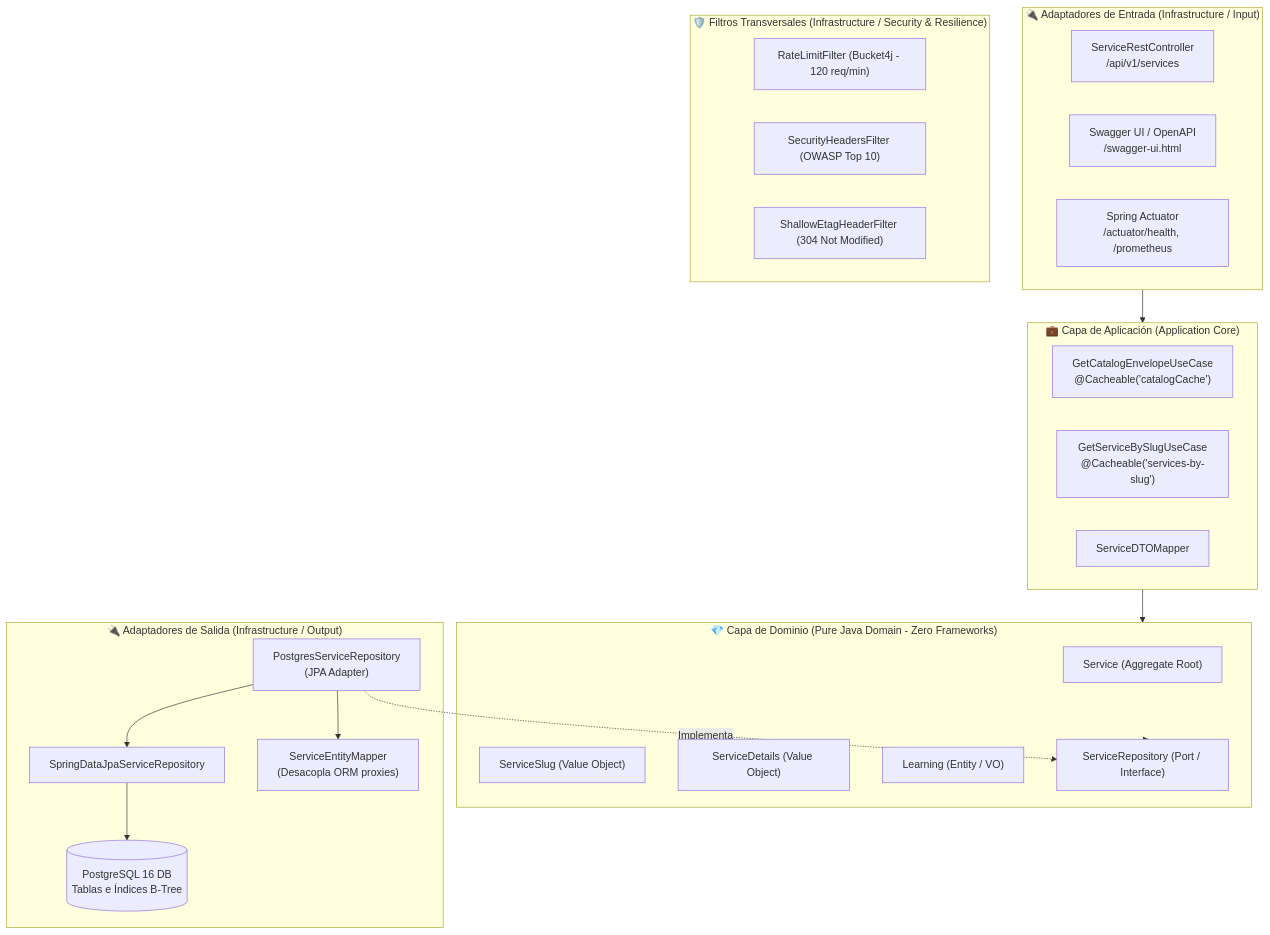
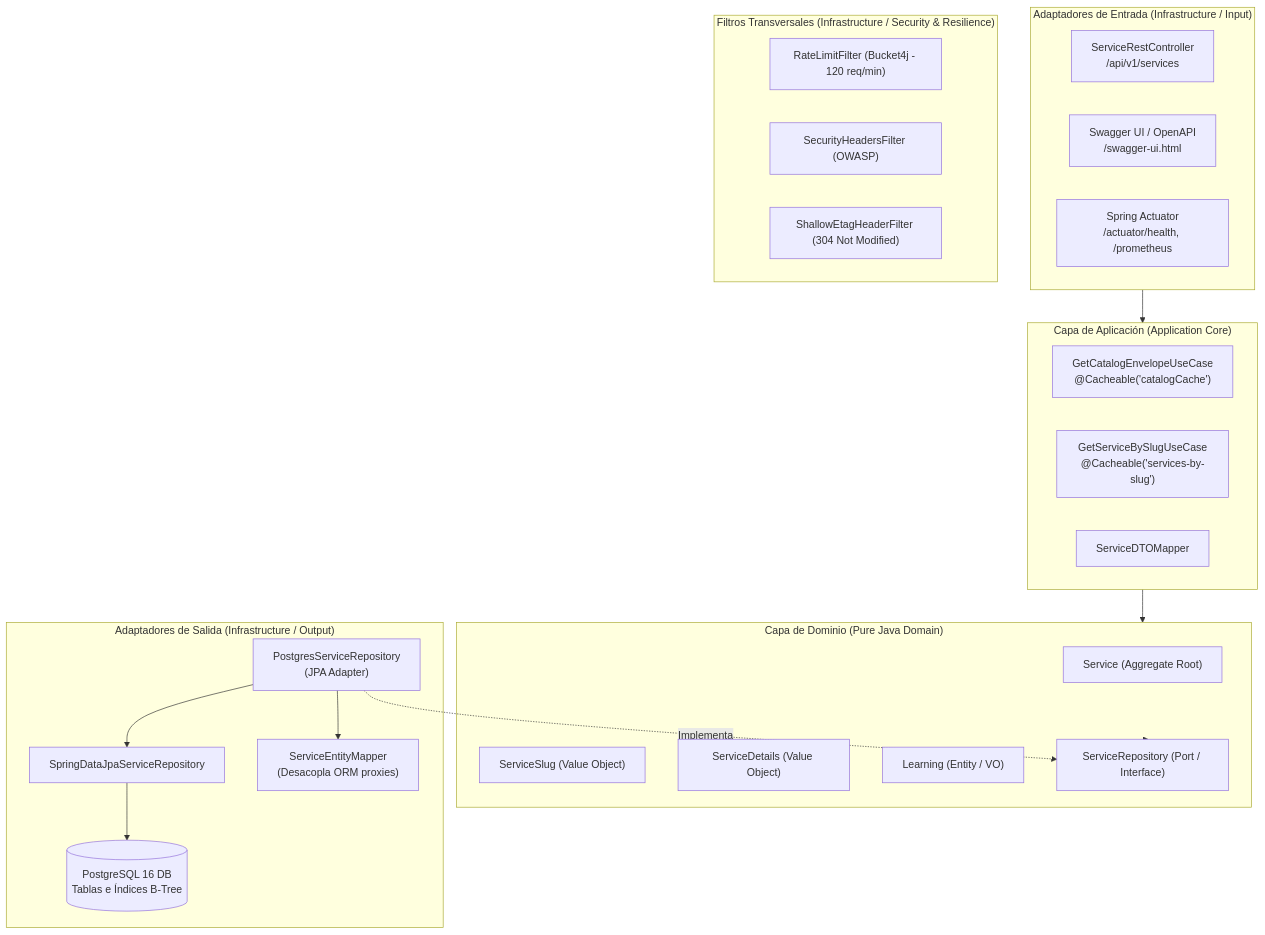
Before and after one commit to regueira2010/AWS-API-JAVA: the diagram in README.md, drawn with Mermaid. The commit also changed other lines of this file and 1 other file, not shown here.

````diff
--- a/README.md
+++ b/README.md
@@ -42,43 +28,43 @@
 ```mermaid
 graph TD
-    subgraph Input_Adapters["🔌 Adaptadores de Entrada (Infrastructure / Input)"]
+    subgraph Input_Adapters["Adaptadores de Entrada (Infrastructure / Input)"]
         REST["ServiceRestController<br/>/api/v1/services"]
         SWAGGER["Swagger UI / OpenAPI<br/>/swagger-ui.html"]
         ACTUATOR["Spring Actuator<br/>/actuator/health, /prometheus"]
     end
 
-    subgraph Application_Layer["💼 Capa de Aplicación (Application Core)"]
+    subgraph Application_Layer["Capa de Aplicación (Application Core)"]
         GC_UC["GetCatalogEnvelopeUseCase<br/>@Cacheable('catalogCache')"]
         GS_UC["GetServiceBySlugUseCase<br/>@Cacheable('services-by-slug')"]
         DTO_MAPPER["ServiceDTOMapper"]
     end
 
-    subgraph Domain_Layer["💎 Capa de Dominio (Pure Java Domain - Zero Frameworks)"]
+    subgraph Domain_Layer["Capa de Dominio (Pure Java Domain)"]
         SERVICE["Service (Aggregate Root)"]
         SLUG["ServiceSlug (Value Object)"]
         DETAILS["ServiceDetails (Value Object)"]
         LEARNING["Learning (Entity / VO)"]
         REPO_PORT["ServiceRepository (Port / Interface)"]
     end
 
-    subgraph Output_Adapters["🔌 Adaptadores de Salida (Infrastructure / Output)"]
+    subgraph Output_Adapters["Adaptadores de Salida (Infrastructure / Output)"]
         JPA_ADAPTER["PostgresServiceRepository<br/>(JPA Adapter)"]
         JPA_REPO["SpringDataJpaServiceRepository"]
         MAPPER["ServiceEntityMapper<br/>(Desacopla ORM proxies)"]
         PG_DB[("PostgreSQL 16 DB<br/>Tablas e Índices B-Tree")]
     end
 
-    subgraph Cross_Cutting["🛡️ Filtros Transversales (Infrastructure / Security & Resilience)"]
+    subgraph Cross_Cutting["Filtros Transversales (Infrastructure / Security & Resilience)"]
         RL_FILTER["RateLimitFilter (Bucket4j - 120 req/min)"]
-        SEC_FILTER["SecurityHeadersFilter (OWASP Top 10)"]
+        SEC_FILTER["SecurityHeadersFilter (OWASP)"]
         ETAG_FILTER["ShallowEtagHeaderFilter (304 Not Modified)"]
     end
 
     Input_Adapters --> Application_Layer
     Application_Layer --> Domain_Layer
     Domain_Layer --> REPO_PORT
     JPA_ADAPTER -.->|Implementa| REPO_PORT
     JPA_ADAPTER --> JPA_REPO
     JPA_ADAPTER --> MAPPER
     JPA_REPO --> PG_DB
 ```
````
